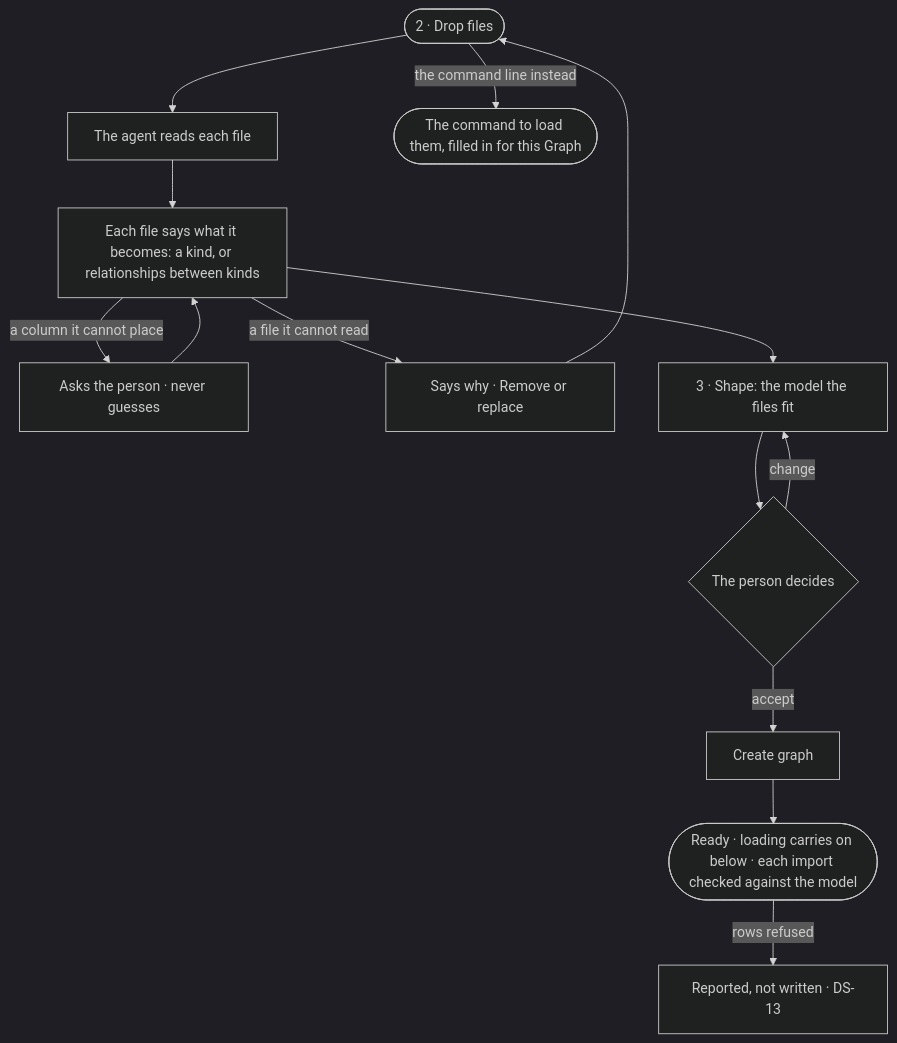
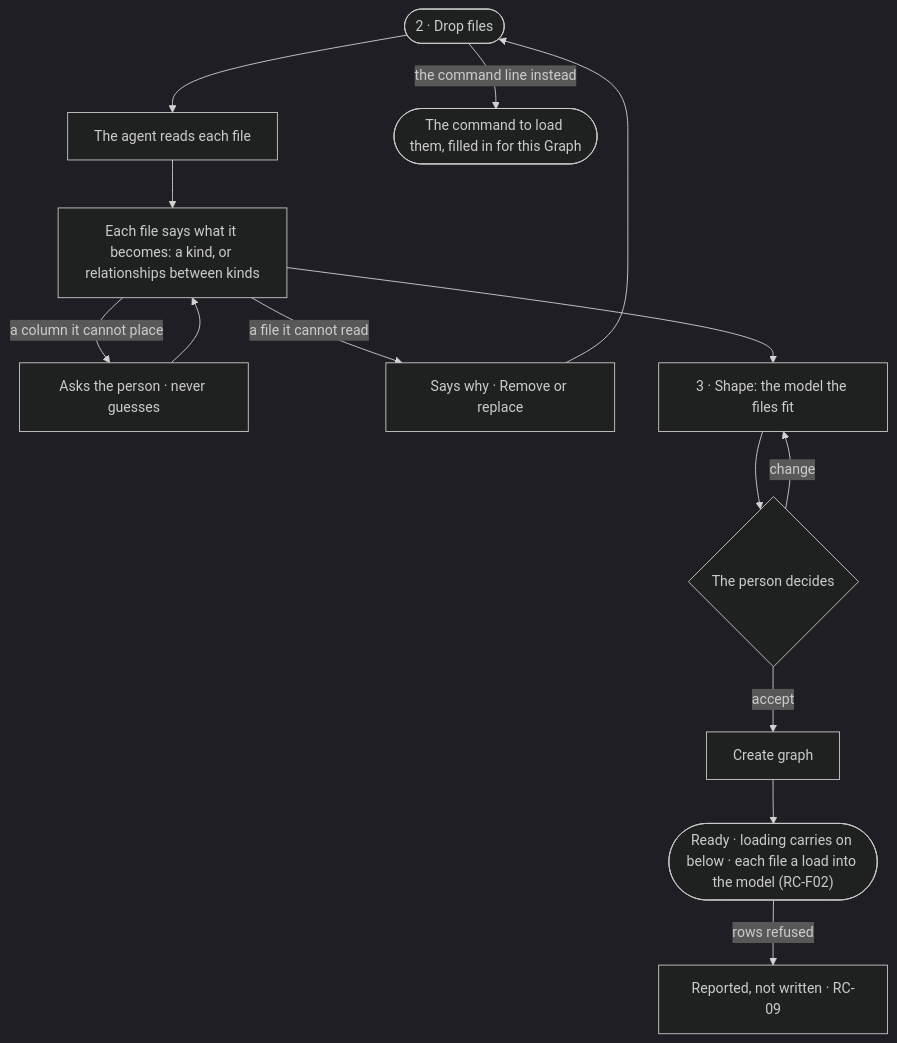
One commit to invana/invana changed the diagram in specs/os/graph/features/GR-F02-create-a-graph/stories/GR-07-start-from-files-with-an-empty-database/story.md. Above: the diagram before and after it, drawn with Mermaid (dark theme). The commit also changed other lines of this file and 637 other files, not shown here.

````diff
--- a/specs/os/graph/features/GR-F02-create-a-graph/stories/GR-07-start-from-files-with-an-empty-database/story.md
+++ b/specs/os/graph/features/GR-F02-create-a-graph/stories/GR-07-start-from-files-with-an-empty-database/story.md
@@ -26,14 +26,14 @@
 ```mermaid
 flowchart TD
   f([2 · Drop files]) --> r["The agent reads each file"]
   r --> w["Each file says what it becomes: a kind, or relationships between kinds"]
   w -->|a column it cannot place| q["Asks the person · never guesses"] --> w
   w -->|a file it cannot read| bad["Says why · Remove or replace"] --> f
   w --> s["3 · Shape: the model the files fit"]
   s --> d{"The person decides"}
   d -->|change| s
   d -->|accept| cr["Create graph"]
-  cr --> rd(["Ready · loading carries on below · each import checked against the model"])
-  rd -->|rows refused| rep["Reported, not written · DS-13"]
+  cr --> rd(["Ready · loading carries on below · each file a load into the model (RC-F02)"])
+  rd -->|rows refused| rep["Reported, not written · RC-09"]
   f -->|the command line instead| cli(["The command to load them, filled in for this Graph"])
 ```
````
